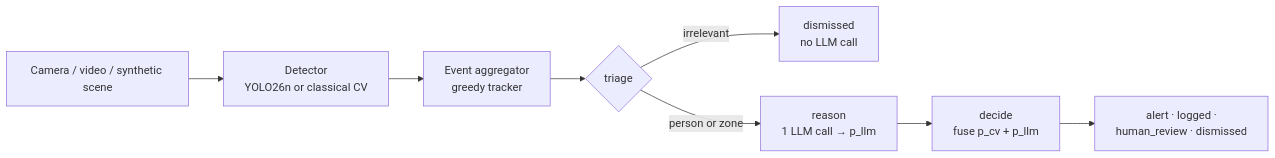
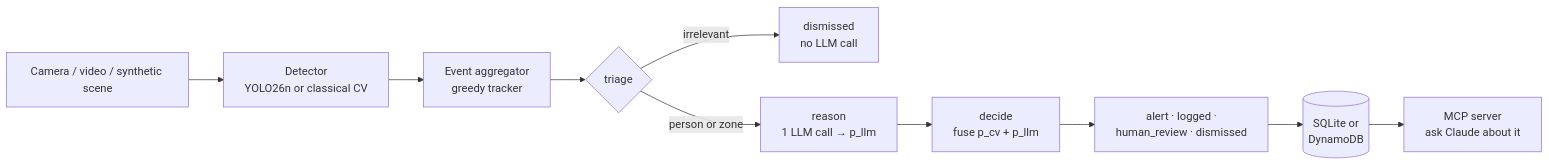
Before and after one commit to Sahmah/sentinel-agent: the diagram in README.md, drawn with Mermaid. The commit also changed other lines of this file and 16 other files, not shown here.

First line of the commit message:
Add event storage (SQLite, DynamoDB) and an MCP server

````diff
--- a/README.md
+++ b/README.md
@@ -10,10 +10,12 @@
 ```mermaid
 flowchart LR
   S[Camera / video / synthetic scene] --> D[Detector<br/>YOLO26n or classical CV]
   D --> A[Event aggregator<br/>greedy tracker]
   A --> T{triage}
   T -- irrelevant --> X[dismissed<br/>no LLM call]
   T -- person or zone --> R[reason<br/>1 LLM call → p_llm]
   R --> F[decide<br/>fuse p_cv + p_llm]
   F --> O[alert · logged ·<br/>human_review · dismissed]
+  O --> DB[(SQLite or<br/>DynamoDB)]
+  DB --> M[MCP server<br/>ask Claude about it]
 ```
````
